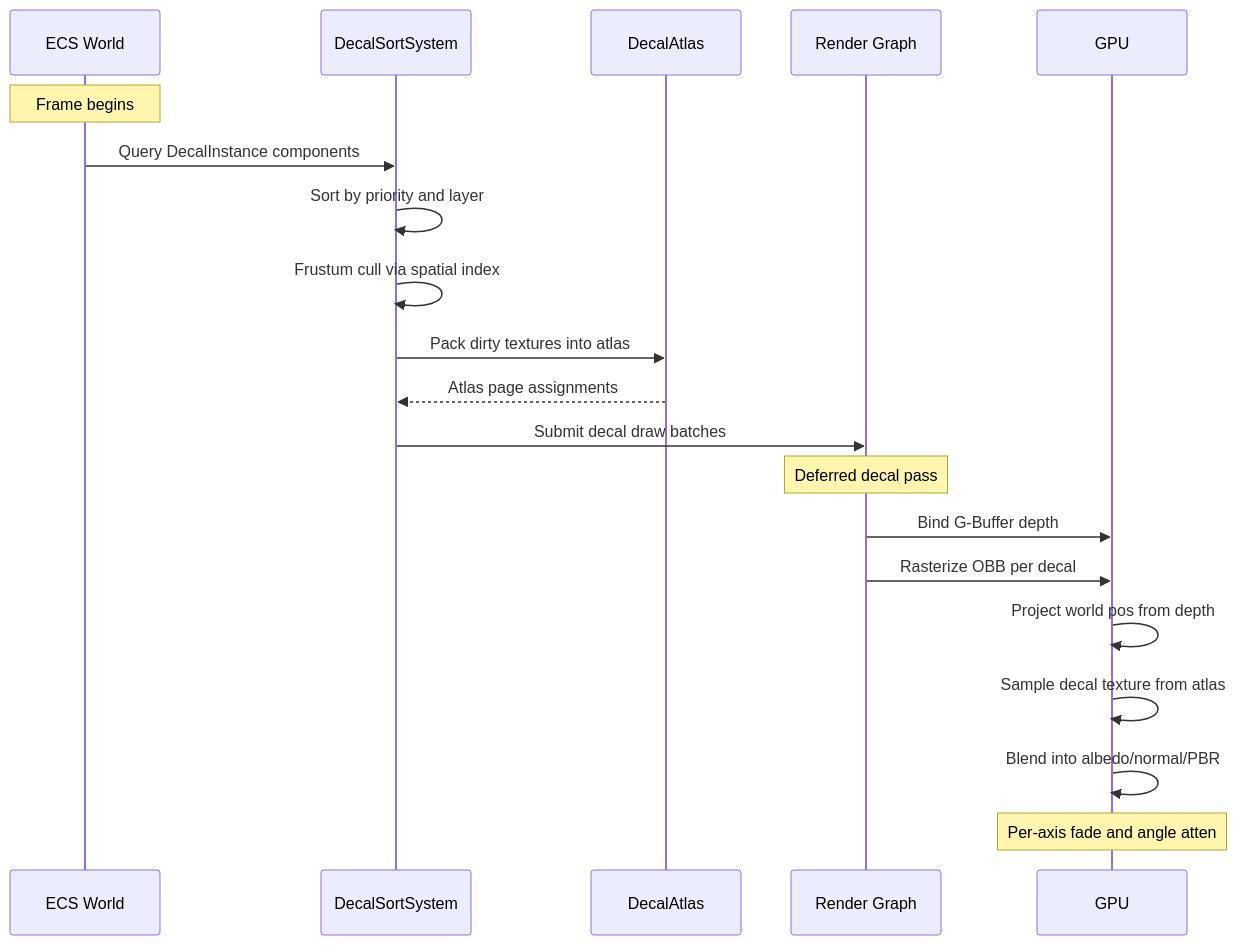
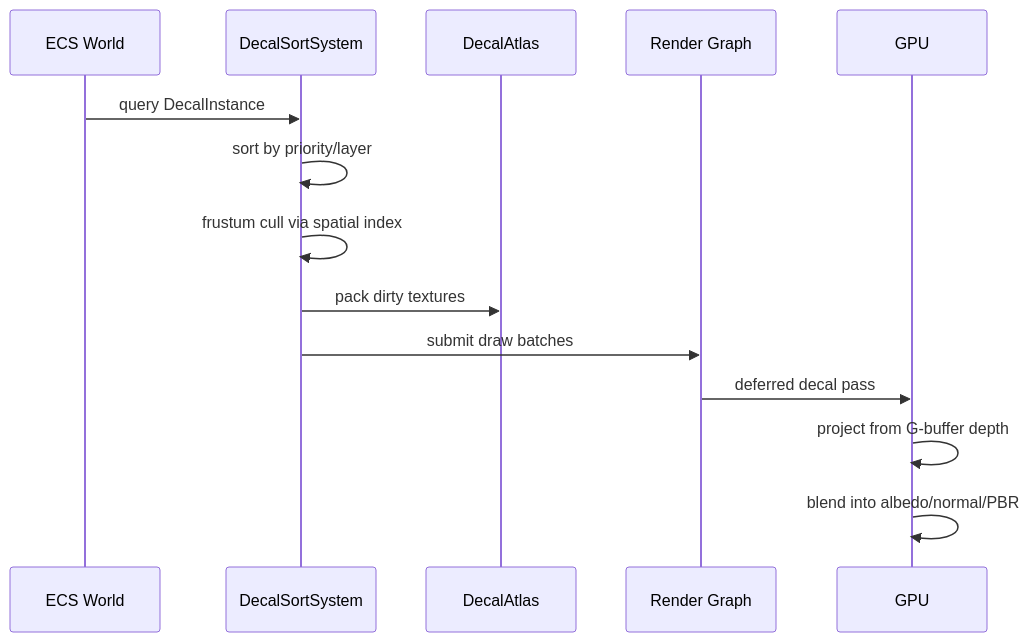
The fourth of 6 diagrams in docs/design/vfx/effects.md (harmonius-dev/harmonius), drawn with Mermaid before and after one commit. The commit also changed other lines of this file and 229 other files, not shown here.

````diff
--- a/docs/design/vfx/effects.md
+++ b/docs/design/vfx/effects.md
@@ -265,24 +401,17 @@
 ```mermaid
 sequenceDiagram
     participant ECS as ECS World
     participant DS as DecalSortSystem
     participant DA as DecalAtlas
     participant RG as Render Graph
     participant GPU as GPU
 
-    Note over ECS: Frame begins
-    ECS->>DS: Query DecalInstance components
-    DS->>DS: Sort by priority and layer
-    DS->>DS: Frustum cull via spatial index
-    DS->>DA: Pack dirty textures into atlas
-    DA-->>DS: Atlas page assignments
-
-    DS->>RG: Submit decal draw batches
-    Note over RG: Deferred decal pass
-    RG->>GPU: Bind G-Buffer depth
-    RG->>GPU: Rasterize OBB per decal
-    GPU->>GPU: Project world pos from depth
-    GPU->>GPU: Sample decal texture from atlas
-    GPU->>GPU: Blend into albedo/normal/PBR
-    Note over GPU: Per-axis fade and angle atten
+    ECS->>DS: query DecalInstance
+    DS->>DS: sort by priority/layer
+    DS->>DS: frustum cull via spatial index
+    DS->>DA: pack dirty textures
+    DS->>RG: submit draw batches
+    RG->>GPU: deferred decal pass
+    GPU->>GPU: project from G-buffer depth
+    GPU->>GPU: blend into albedo/normal/PBR
 ```
````
